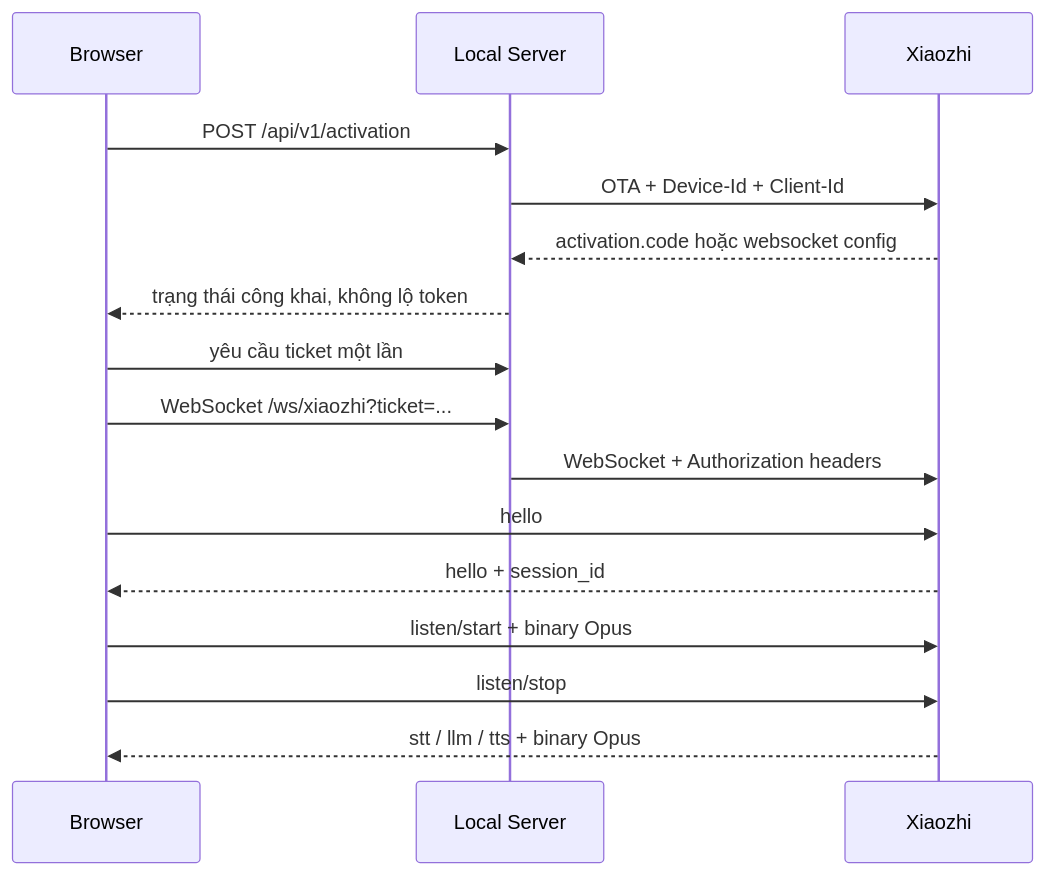
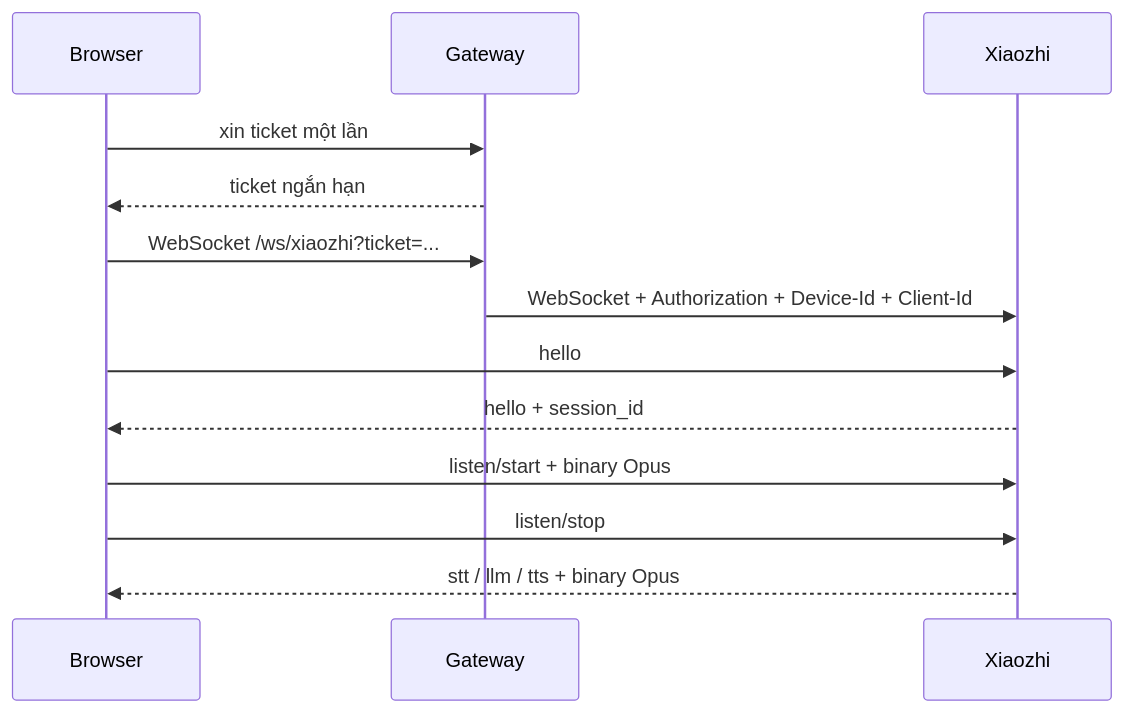
One commit to Base27-CVNSS/ViPocket-Xiaozhi changed the third of 3 diagrams in README.md. Above: the diagram before and after it, drawn with Mermaid. The commit also changed other lines of this file and 3 other files, not shown here.

````diff
--- a/README.md
+++ b/README.md
@@ -188,19 +163,16 @@
 ```mermaid
 sequenceDiagram
     participant B as Browser
-    participant G as Local Server
+    participant G as Gateway
     participant X as Xiaozhi
 
-    B->>G: POST /api/v1/activation
-    G->>X: OTA + Device-Id + Client-Id
-    X-->>G: activation.code hoặc websocket config
-    G-->>B: trạng thái công khai, không lộ token
-    B->>G: yêu cầu ticket một lần
+    B->>G: xin ticket một lần
+    G-->>B: ticket ngắn hạn
     B->>G: WebSocket /ws/xiaozhi?ticket=...
-    G->>X: WebSocket + Authorization headers
+    G->>X: WebSocket + Authorization + Device-Id + Client-Id
     B->>X: hello
     X-->>B: hello + session_id
     B->>X: listen/start + binary Opus
     B->>X: listen/stop
     X-->>B: stt / llm / tts + binary Opus
 ```
````
